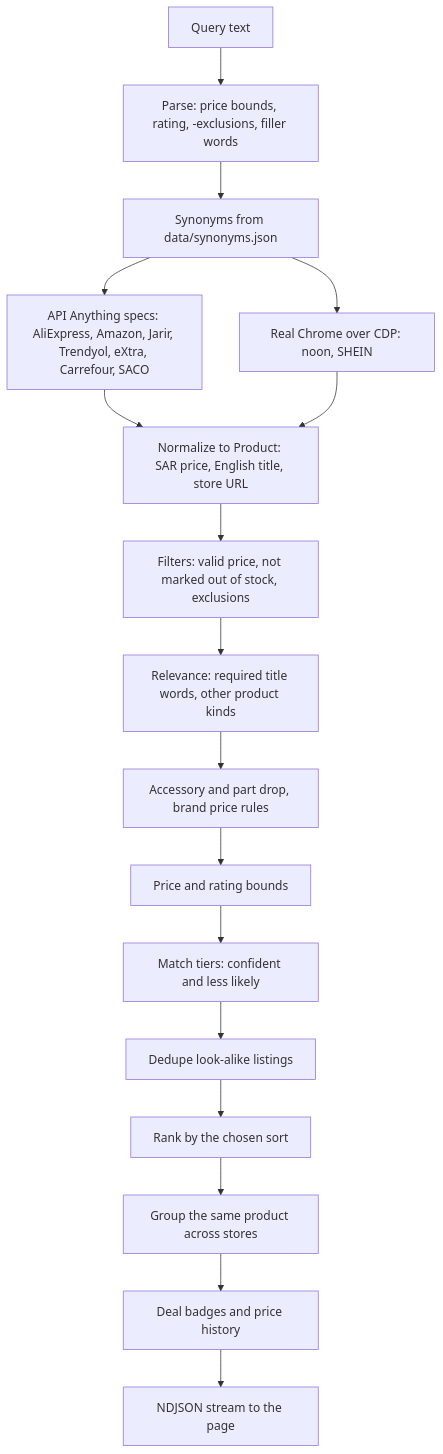
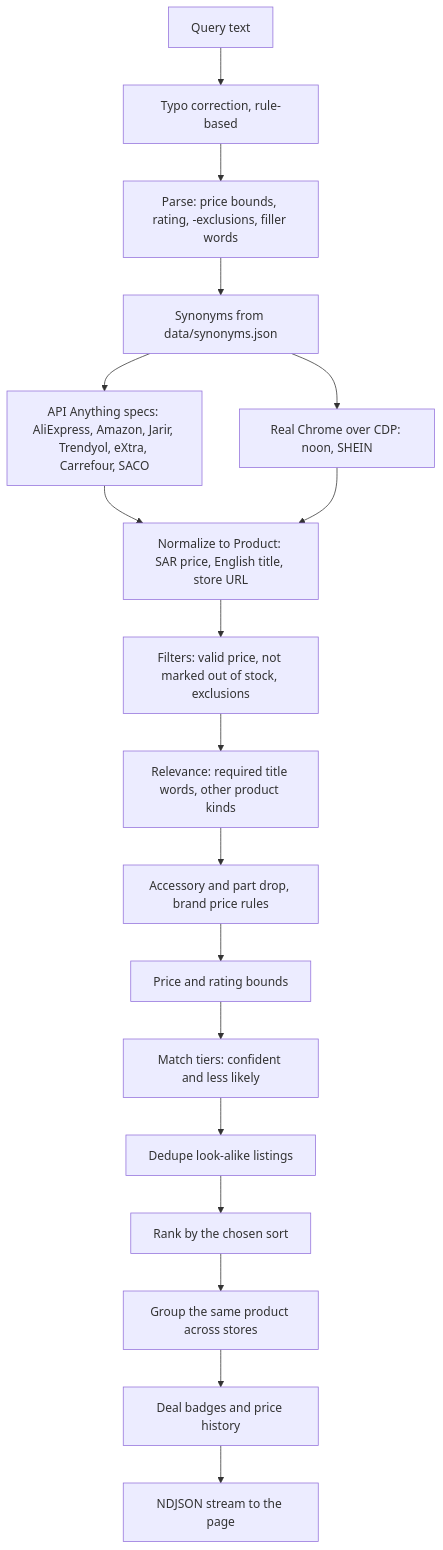
Before and after one commit to drgoharyAI/ksa-deal-search: the diagram in README.md, drawn with Mermaid. The commit also changed other lines of this file and 1 other file, not shown here.

````diff
--- a/README.md
+++ b/README.md
@@ -127,19 +130,20 @@
 ```mermaid
 flowchart TD
-    Q["Query text"] --> P["Parse: price bounds, rating, -exclusions, filler words"]
+    Q["Query text"] --> C["Typo correction, rule-based"]
+    C --> P["Parse: price bounds, rating, -exclusions, filler words"]
     P --> S["Synonyms from data/synonyms.json"]
     S --> AA["API Anything specs: AliExpress, Amazon, Jarir, Trendyol, eXtra, Carrefour, SACO"]
     S --> CDP["Real Chrome over CDP: noon, SHEIN"]
     AA --> N["Normalize to Product: SAR price, English title, store URL"]
     CDP --> N
     N --> F["Filters: valid price, not marked out of stock, exclusions"]
     F --> R["Relevance: required title words, other product kinds"]
     R --> A["Accessory and part drop, brand price rules"]
     A --> B["Price and rating bounds"]
     B --> T["Match tiers: confident and less likely"]
     T --> D["Dedupe look-alike listings"]
     D --> K["Rank by the chosen sort"]
     K --> G["Group the same product across stores"]
     G --> I["Deal badges and price history"]
     I --> O["NDJSON stream to the page"]
 ```
````
